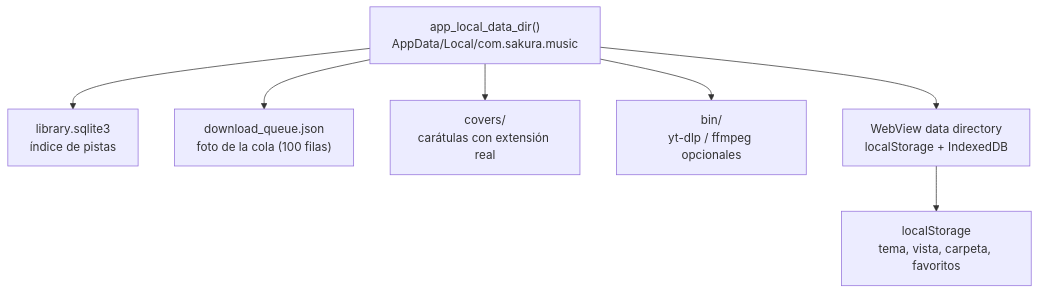
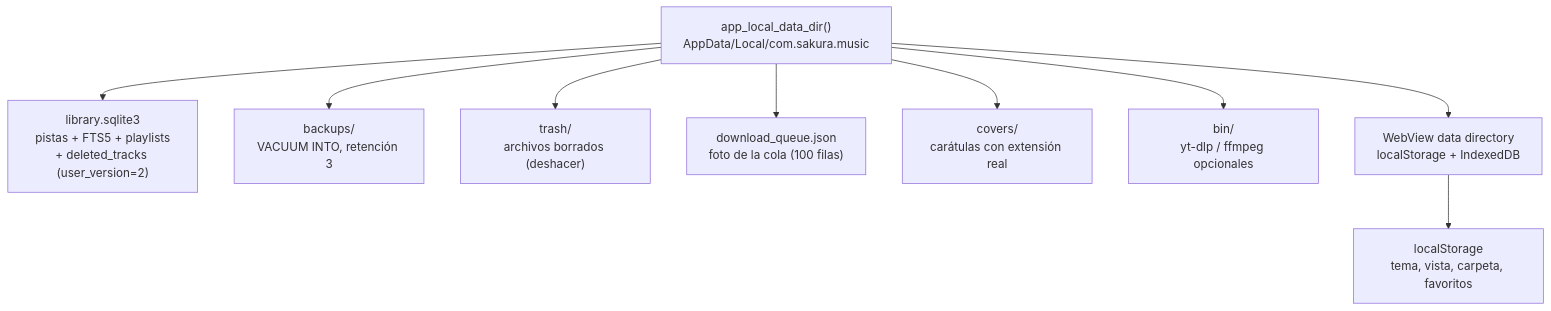
One commit to YordanoCS1/sakura-music changed the third of 5 diagrams in docs/arquitectura.md. Above: the diagram before and after it, drawn with Mermaid. The commit also changed other lines of this file and 33 other files, not shown here.

````diff
--- a/docs/arquitectura.md
+++ b/docs/arquitectura.md
@@ -105,10 +118,12 @@
 ```mermaid
 flowchart TB
     BASE["app_local_data_dir()<br/>AppData/Local/com.sakura.music"]
-    BASE --> CACHE["library.sqlite3<br/>índice de pistas"]
+    BASE --> CACHE["library.sqlite3<br/>pistas + FTS5 + playlists<br/>+ deleted_tracks (user_version=2)"]
+    BASE --> BACKUPS["backups/<br/>VACUUM INTO, retención 3"]
+    BASE --> TRASH["trash/<br/>archivos borrados (deshacer)"]
     BASE --> QUEUE["download_queue.json<br/>foto de la cola (100 filas)"]
     BASE --> COVERS["covers/<br/>carátulas con extensión real"]
     BASE --> BIN["bin/<br/>yt-dlp / ffmpeg opcionales"]
     BASE --> WEB["WebView data directory<br/>localStorage + IndexedDB"]
     WEB --> PREF["localStorage<br/>tema, vista, carpeta, favoritos"]
 ```
````
